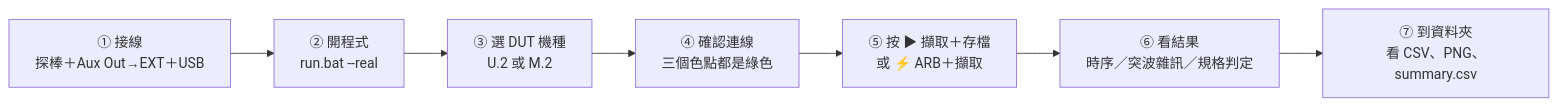
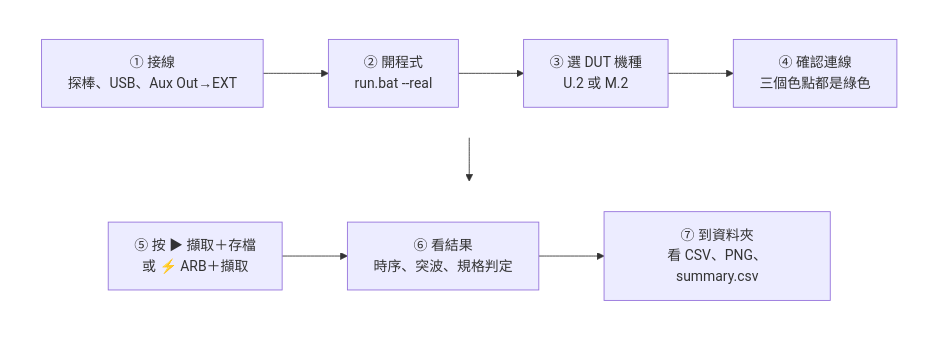
One commit to Jacky56-wei/8208-6104-Remote-Console changed the first of 5 diagrams in docs/操作手冊.md. Above: the diagram before and after it, drawn with Mermaid. The commit also changed other lines of this file and 2 other files, not shown here.

````diff
--- a/docs/操作手冊.md
+++ b/docs/操作手冊.md
@@ -39,9 +39,17 @@
 ```mermaid
-flowchart LR
-  A["① 接線<br/>探棒＋Aux Out→EXT＋USB"] --> B["② 開程式<br/>run.bat --real"]
-  B --> C["③ 選 DUT 機種<br/>U.2 或 M.2"]
-  C --> D["④ 確認連線<br/>三個色點都是綠色"]
-  D --> E["⑤ 按 ▶ 擷取＋存檔<br/>或 ⚡ ARB＋擷取"]
-  E --> F["⑥ 看結果<br/>時序／突波雜訊／規格判定"]
-  F --> G["⑦ 到資料夾<br/>看 CSV、PNG、summary.csv"]
+flowchart TB
+  subgraph R1[" "]
+    direction LR
+    A["① 接線<br/>探棒、USB、Aux Out→EXT"] --> B["② 開程式<br/>run.bat --real"]
+    B --> C["③ 選 DUT 機種<br/>U.2 或 M.2"]
+    C --> D["④ 確認連線<br/>三個色點都是綠色"]
+  end
+  subgraph R2[" "]
+    direction LR
+    E["⑤ 按 ▶ 擷取＋存檔<br/>或 ⚡ ARB＋擷取"] --> F["⑥ 看結果<br/>時序、突波、規格判定"]
+    F --> G["⑦ 到資料夾<br/>看 CSV、PNG、summary.csv"]
+  end
+  R1 --> R2
+  style R1 fill:none,stroke:none,color:#fff
+  style R2 fill:none,stroke:none,color:#fff
 ```
````
